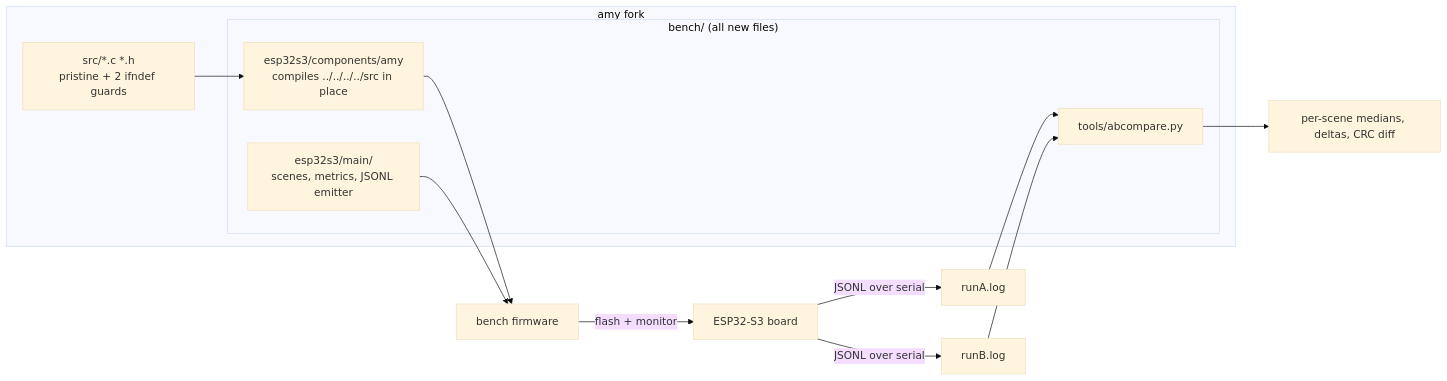
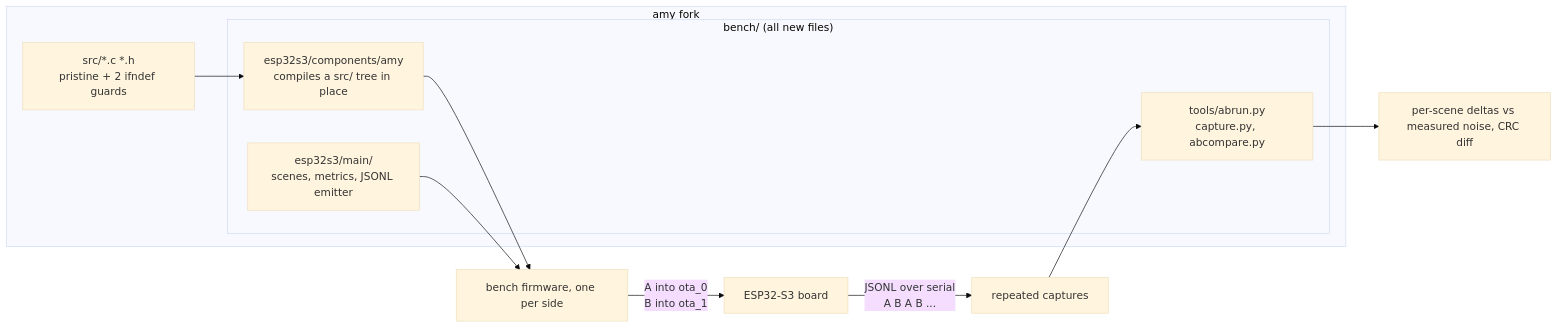
One commit to rt-rtos/amy-bench changed the diagram in README.md. Above: the diagram before and after it, drawn with Mermaid (base theme). The commit also changed other lines of this file and 12 other files, not shown here.

````diff
--- a/README.md
+++ b/README.md
@@ -13,20 +13,18 @@
 ```mermaid
 flowchart LR
     subgraph fork["amy fork"]
         src["src/*.c *.h<br/>pristine + 2 ifndef guards"]
         subgraph bench["bench/ (all new files)"]
-            comp["esp32s3/components/amy<br/>compiles ../../../../src in place"]
+            comp["esp32s3/components/amy<br/>compiles a src/ tree in place"]
             mainc["esp32s3/main/<br/>scenes, metrics, JSONL emitter"]
-            tools["tools/abcompare.py"]
+            tools["tools/abrun.py<br/>capture.py, abcompare.py"]
         end
     end
     src --> comp
-    comp --> fw["bench firmware"]
+    comp --> fw["bench firmware, one per side"]
     mainc --> fw
-    fw -->|"flash + monitor"| s3["ESP32-S3 board"]
-    s3 -->|"JSONL over serial"| logA["runA.log"]
-    s3 -->|"JSONL over serial"| logB["runB.log"]
-    logA --> tools
-    logB --> tools
-    tools --> report["per-scene medians, deltas, CRC diff"]
+    fw -->|"A into ota_0<br/>B into ota_1"| s3["ESP32-S3 board"]
+    s3 -->|"JSONL over serial<br/>A B A B ..."| logs["repeated captures"]
+    logs --> tools
+    tools --> report["per-scene deltas vs measured noise, CRC diff"]
 ```
````
